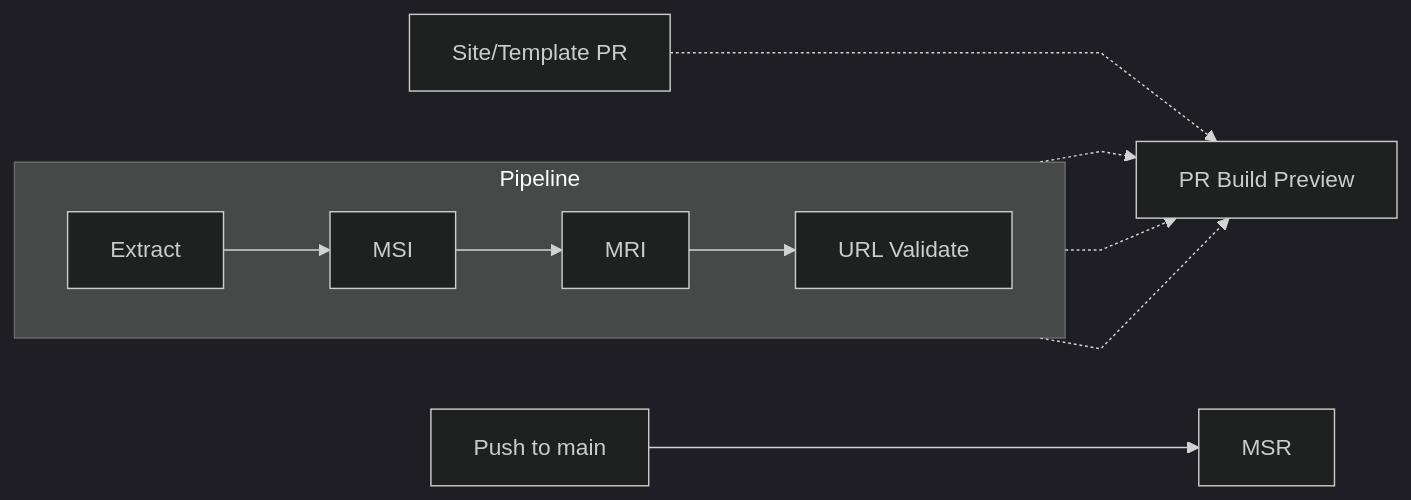
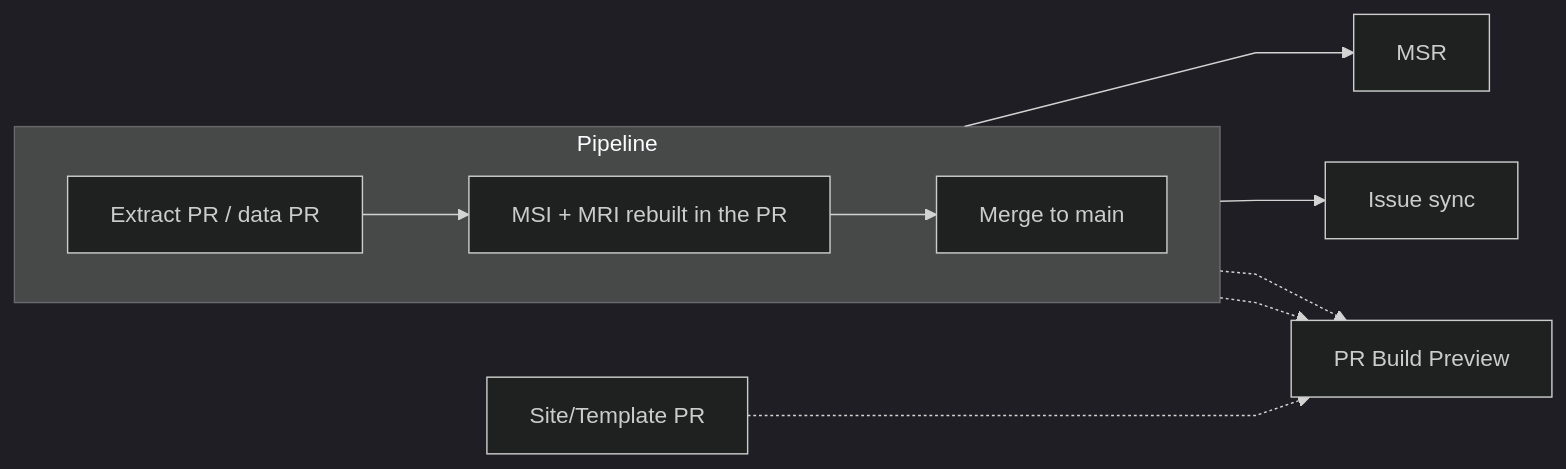
One commit to PrZ3r/MSRBot.io changed the diagram in README.md. Above: the diagram before and after it, drawn with Mermaid (dark theme). The commit also changed other lines of this file and 29 other files, not shown here.

First line of the commit message:
feat(ci): build MSI/MRI inside the PR; sync issues after merge (#1266 B-D) (#1268)

````diff
--- a/README.md
+++ b/README.md
@@ -94,14 +94,14 @@
 ```mermaid
 %%{init: {'flowchart': {'curve': 'linear'}}}%%
 graph LR
   subgraph Pipeline
     direction LR
-    A[Extract] --> B[MSI] --> C[MRI] --> E[URL Validate]
+    A[Extract PR / data PR] --> B[MSI + MRI rebuilt in the PR] --> M[Merge to main]
   end
 
-  M[Push to main] --> D[MSR]
+  M --> D[MSR]
+  M --> I[Issue sync]
   A -.-> P[PR Build Preview]
   B -.-> P
-  C -.-> P
   S[Site/Template PR] -.-> P
 ```
````
